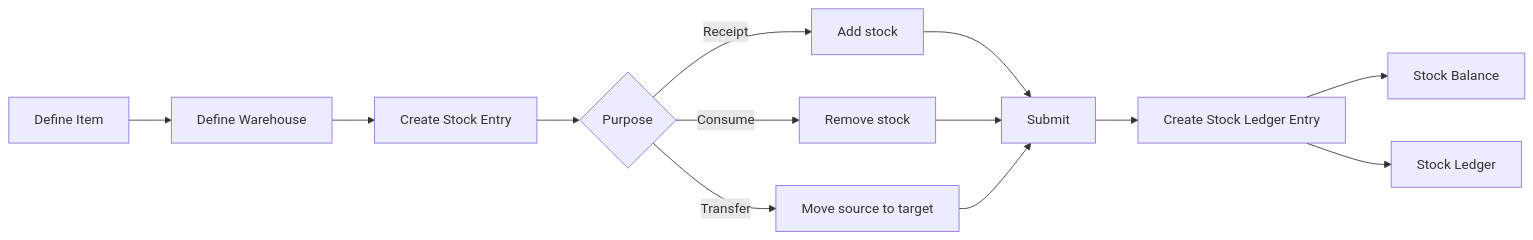
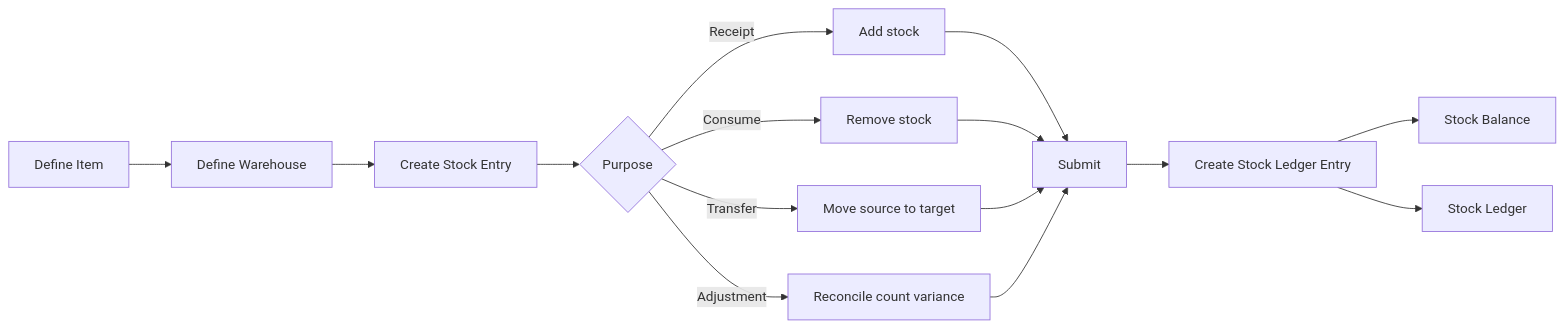
The first of 2 diagrams in README.md (paulwritescode/xwarehouse), drawn with Mermaid before and after one commit. The commit also changed other lines of this file and 63 other files, not shown here.

```diff
--- a/README.md
+++ b/README.md
@@ -14,15 +27,17 @@
 ~~~mermaid
 flowchart LR
     A[Define Item] --> B[Define Warehouse]
     B --> C[Create Stock Entry]
     C --> D{Purpose}
     D -->|Receipt| E[Add stock]
     D -->|Consume| F[Remove stock]
-    D -->|Transfer| G[Move source to target]
+D -->|Transfer| G[Move source to target]
+D -->|Adjustment| A2[Reconcile count variance]
     E --> H[Submit]
     F --> H
-    G --> H
+G --> H
+A2 --> H
     H --> I[Create Stock Ledger Entry]
     I --> J[Stock Balance]
     I --> K[Stock Ledger]
 ~~~
```
